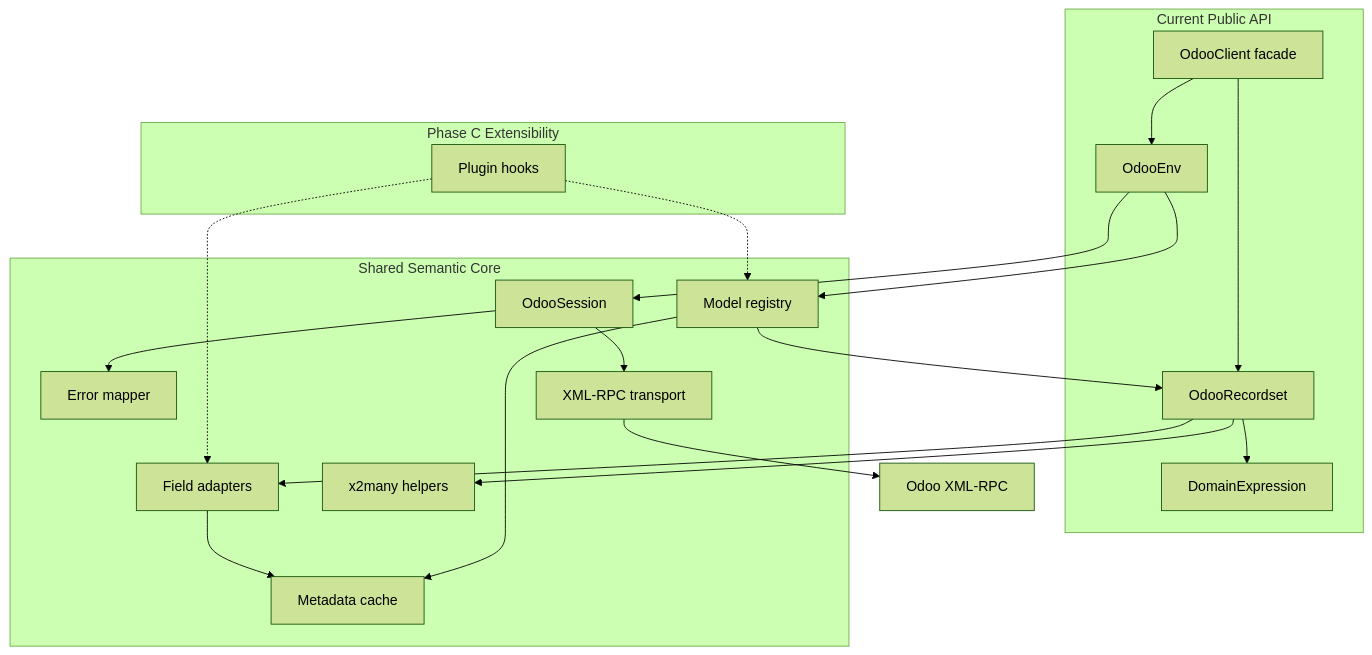
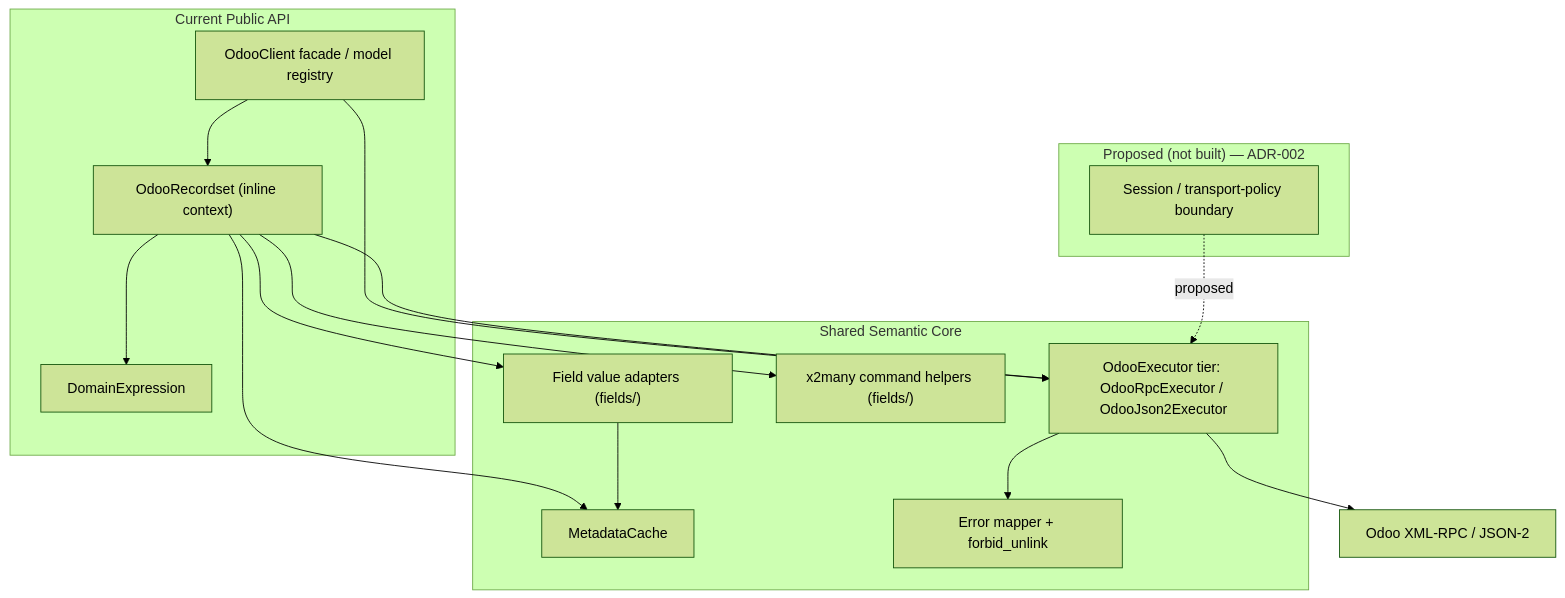
Before and after one commit to Crpaxton4/devcontainer-features: the second of 6 diagrams in libraries/odoo_sdk/docs/source/design/odoo-sdk-architecture-plan.md, drawn with Mermaid (forest theme). The commit also changed other lines of this file and 3 other files, not shown here.

````diff
--- a/libraries/odoo_sdk/docs/source/design/odoo-sdk-architecture-plan.md
+++ b/libraries/odoo_sdk/docs/source/design/odoo-sdk-architecture-plan.md
@@ -195,39 +222,32 @@
 ```mermaid
 graph TD
     subgraph PublicAPI["Current Public API"]
-        Client["OdooClient facade"]
-        Env["OdooEnv"]
-        Recordset["OdooRecordset"]
+        Client["OdooClient facade / model registry"]
+        Recordset["OdooRecordset (inline context)"]
         Domain["DomainExpression"]
     end
 
     subgraph Core["Shared Semantic Core"]
-        ModelRegistry["Model registry"]
-        MetadataCache["Metadata cache"]
-        FieldAdapters["Field adapters"]
-        X2Many["x2many helpers"]
-        ErrorMapper["Error mapper"]
-        Session["OdooSession"]
-        Transport["XML-RPC transport"]
+        MetadataCache["MetadataCache"]
+        FieldAdapters["Field value adapters (fields/)"]
+        X2Many["x2many command helpers (fields/)"]
+        ErrorMapper["Error mapper + forbid_unlink"]
+        Transport["OdooExecutor tier: OdooRpcExecutor / OdooJson2Executor"]
     end
 
-    subgraph PhaseCExtensibility["Phase C Extensibility"]
-        PluginHooks["Plugin hooks"]
+    subgraph Proposed["Proposed (not built) — ADR-002"]
+        Session["Session / transport-policy boundary"]
     end
 
-    Client --> Env
     Client --> Recordset
-    Env --> ModelRegistry
-    ModelRegistry --> Recordset
+    Client --> Transport
     Recordset --> Domain
     Recordset --> FieldAdapters
     Recordset --> X2Many
-    ModelRegistry --> MetadataCache
+    Recordset --> MetadataCache
     FieldAdapters --> MetadataCache
-    Env --> Session
-    Session --> Transport
-    Session --> ErrorMapper
-    PluginHooks -.-> FieldAdapters
-    PluginHooks -.-> ModelRegistry
-    Transport --> Odoo["Odoo XML-RPC"]
+    Recordset --> Transport
+    Transport --> ErrorMapper
+    Session -.->|proposed| Transport
+    Transport --> Odoo["Odoo XML-RPC / JSON-2"]
 ```
````
